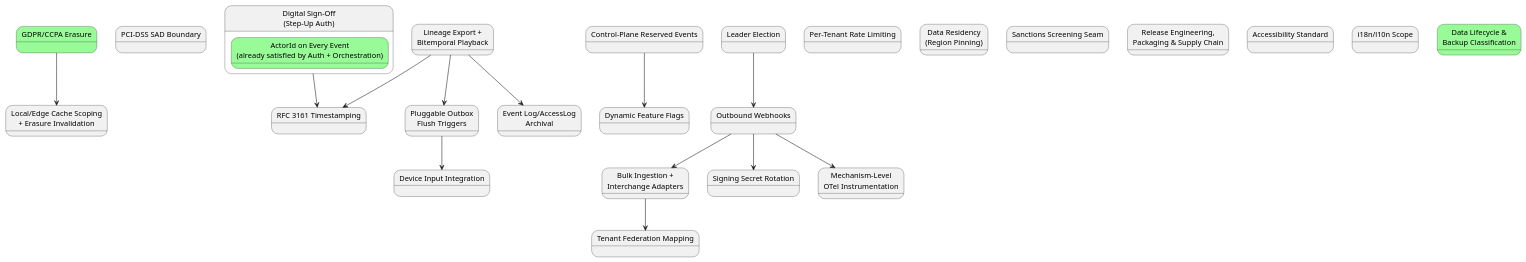
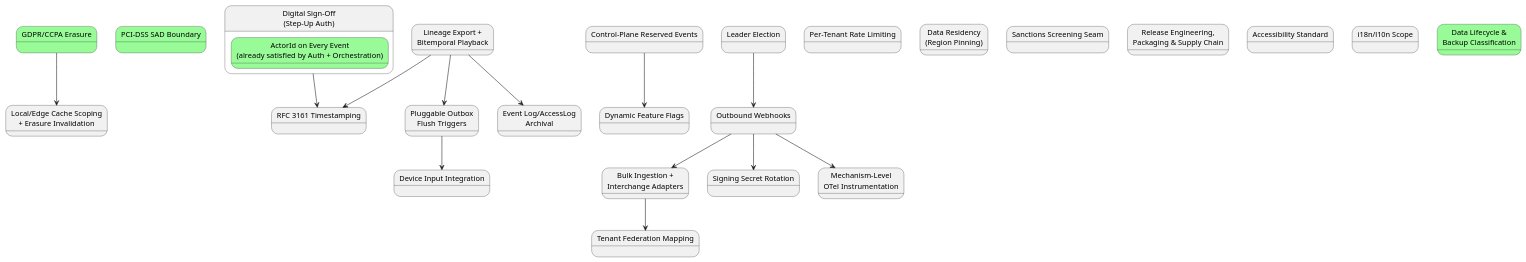
The second of 2 diagrams in docs/08-build-plan.md (Mwwhited-BookLearning/EventSourcing), drawn with PlantUML before and after one commit. The commit also changed other lines of this file and 7 other files, not shown here.

First line of the commit message:
Build PCI-DSS Sensitive Authentication Data Registration Boundary (build-plan item 27)

````diff
--- a/docs/08-build-plan.md
+++ b/docs/08-build-plan.md
@@ -321,43 +321,43 @@
 ```plantuml
 @startuml BuildPlan_Additions
 state "GDPR/CCPA Erasure" as a2 #palegreen
-state "PCI-DSS SAD Boundary" as a3
+state "PCI-DSS SAD Boundary" as a3 #palegreen
 state "Local/Edge Cache Scoping\n+ Erasure Invalidation" as a4
 state "Digital Sign-Off\n(Step-Up Auth)" as a5 {
   state "ActorId on Every Event\n(already satisfied by Auth + Orchestration)" as a1 #palegreen
 }
 state "Control-Plane Reserved Events" as a6
 state "Dynamic Feature Flags" as a7
 state "Leader Election" as a8
 state "Per-Tenant Rate Limiting" as a9
 state "Outbound Webhooks" as a10
 state "Data Residency\n(Region Pinning)" as a11
 state "Tenant Federation Mapping" as a12
 state "Bulk Ingestion +\nInterchange Adapters" as a13
 state "Sanctions Screening Seam" as a14
 state "Release Engineering,\nPackaging & Supply Chain" as a15
 state "Signing Secret Rotation" as a16
 state "Lineage Export +\nBitemporal Playback" as a17
 state "RFC 3161 Timestamping" as a18
 state "Pluggable Outbox\nFlush Triggers" as a19
 state "Device Input Integration" as a20
 state "Accessibility Standard" as a21
 state "i18n/l10n Scope" as a22
 state "Mechanism-Level\nOTel Instrumentation" as a23
 state "Event Log/AccessLog\nArchival" as a24
 state "Data Lifecycle &\nBackup Classification" as a25 #palegreen
 
 a2 --> a4
 a6 --> a7
 a8 --> a10
 a10 --> a13
 a10 --> a16
 a13 --> a12
 a5 --> a18
 a17 --> a18
 a17 --> a19
 a19 --> a20
 a17 --> a24
 a10 --> a23
 @enduml
 ```
````
